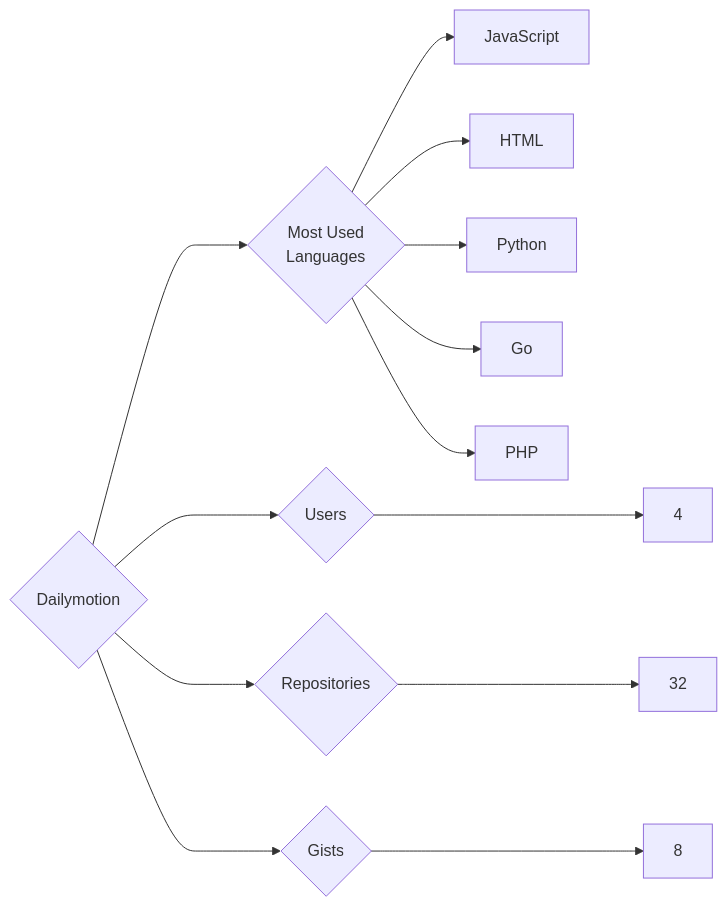
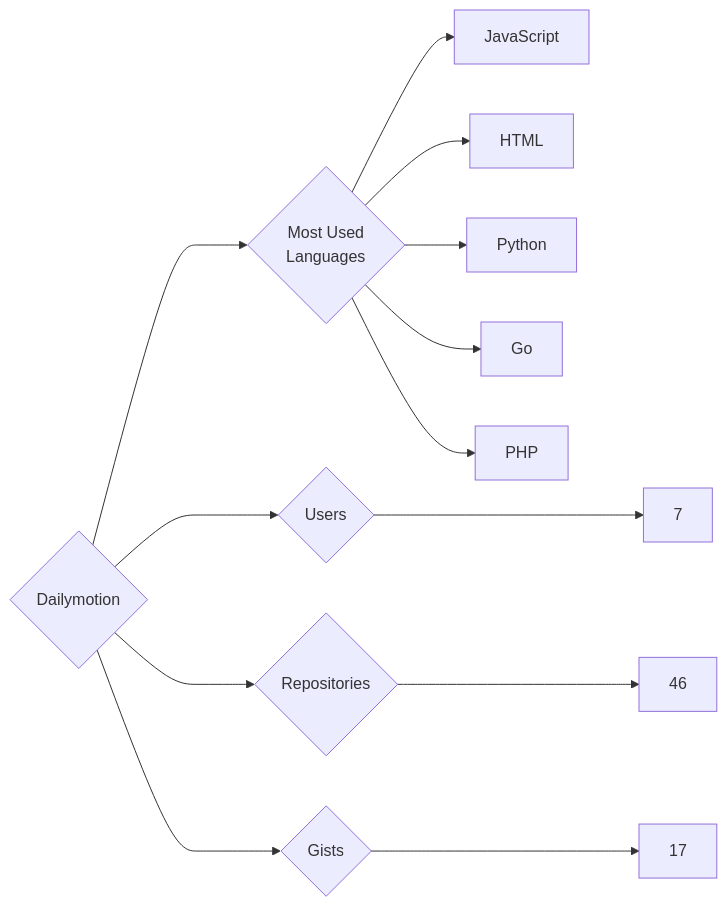
One commit to trickest/insiders changed the diagram in targets/Dailymotion/README.md. Above: the diagram before and after it, drawn with Mermaid. The commit also changed 916 other files, not shown here.

````diff
--- a/targets/Dailymotion/README.md
+++ b/targets/Dailymotion/README.md
@@ -3,13 +3,13 @@
 ```mermaid
 graph LR
 COMPANY_NAME{Dailymotion}
-COMPANY_NAME ---> U{Users} ---> UN[4]
-COMPANY_NAME ---> R{Repositories} ---> RN[32]
-COMPANY_NAME ---> G{Gists} ---> GN[8]
+COMPANY_NAME ---> U{Users} ---> UN[7]
+COMPANY_NAME ---> R{Repositories} ---> RN[46]
+COMPANY_NAME ---> G{Gists} ---> GN[17]
 COMPANY_NAME ---> ML{Most Used<br>Languages}
 ML --> JavaScript[JavaScript]
 ML --> HTML[HTML]
 ML --> Python[Python]
 ML --> Go[Go]
 ML --> PHP[PHP]
 ```
````
